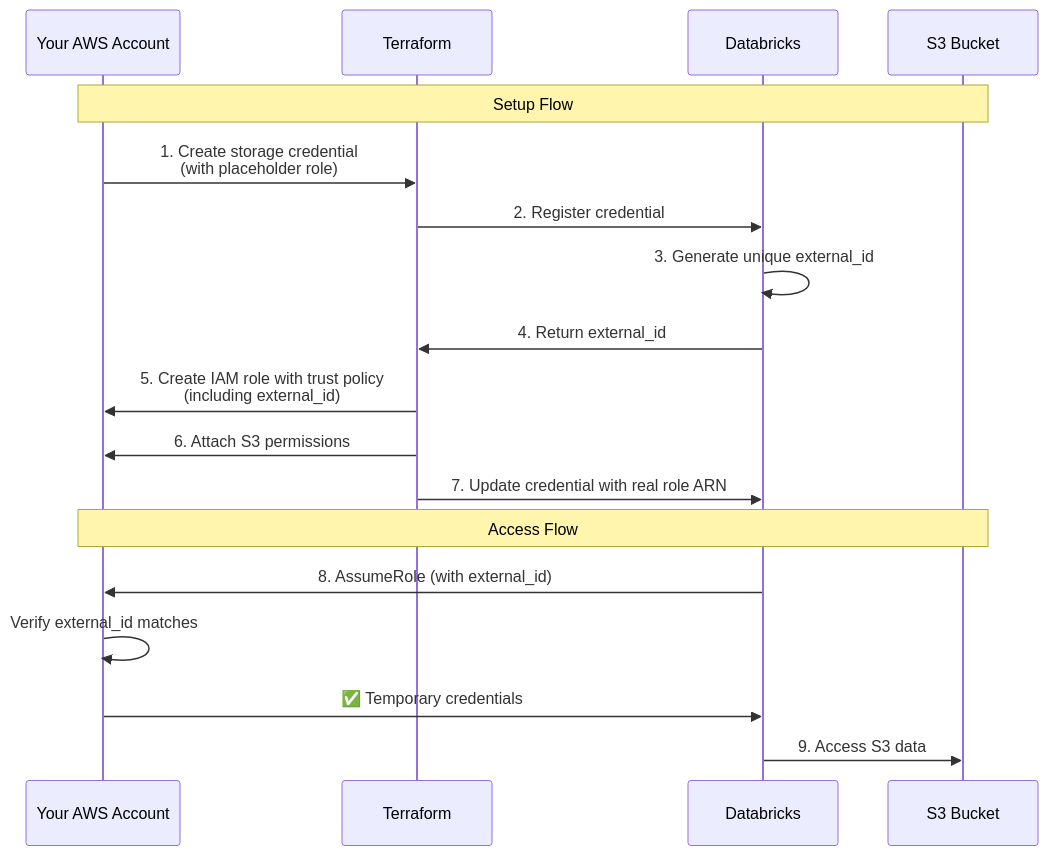
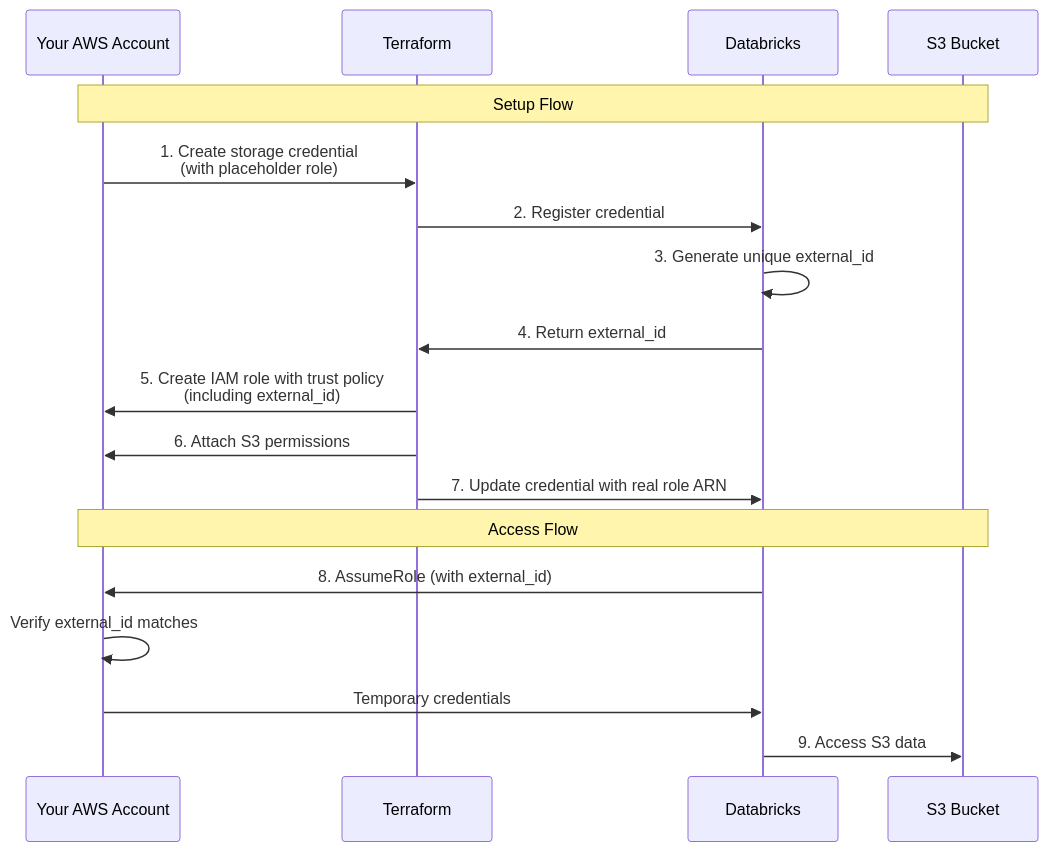
The fourth of 21 diagrams in guides/identities.md (bhavink/databricks), drawn with Mermaid before and after one commit. The commit also changed other lines of this file and 81 other files, not shown here.

````diff
--- a/guides/identities.md
+++ b/guides/identities.md
@@ -192,23 +192,23 @@
 ```mermaid
 sequenceDiagram
     participant You as Your AWS Account
     participant TF as Terraform
     participant DB as Databricks
     participant S3 as S3 Bucket
 
     Note over You,S3: Setup Flow
     You->>TF: 1. Create storage credential<br/>(with placeholder role)
     TF->>DB: 2. Register credential
     DB->>DB: 3. Generate unique external_id
     DB->>TF: 4. Return external_id
 
     TF->>You: 5. Create IAM role with trust policy<br/>(including external_id)
     TF->>You: 6. Attach S3 permissions
     TF->>DB: 7. Update credential with real role ARN
 
     Note over You,S3: Access Flow
     DB->>You: 8. AssumeRole (with external_id)
     You->>You: Verify external_id matches
-    You->>DB: ✅ Temporary credentials
+    You->>DB: Temporary credentials
     DB->>S3: 9. Access S3 data
 ```
````
